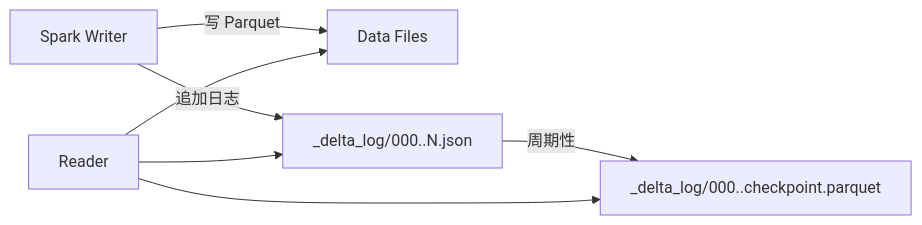
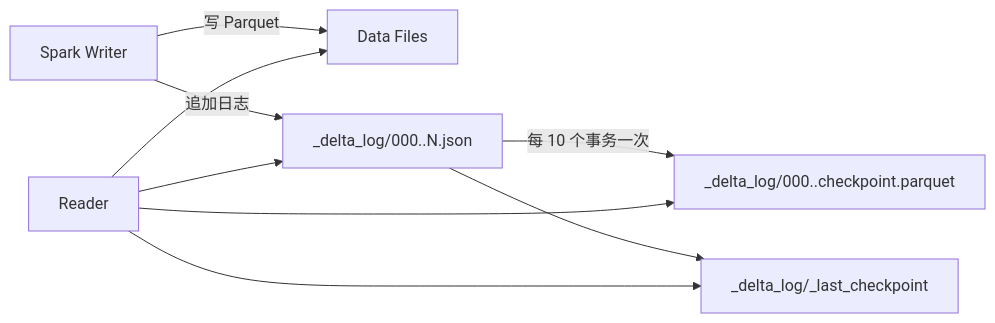
One commit to wangyong9999/lakehouse-wiki changed the diagram in docs/lakehouse/delta-lake.md. Above: the diagram before and after it, drawn with Mermaid. The commit also changed other lines of this file and 5 other files, not shown here.

````diff
--- a/docs/lakehouse/delta-lake.md
+++ b/docs/lakehouse/delta-lake.md
@@ -27,9 +47,11 @@
 ```mermaid
 flowchart LR
   writer[Spark Writer] -->|写 Parquet| data[Data Files]
   writer -->|追加日志| log["_delta_log/000..N.json"]
-  log -->|周期性| cp["_delta_log/000..checkpoint.parquet"]
-  reader[Reader] --> log
+  log -->|每 10 个事务一次| cp["_delta_log/000..checkpoint.parquet"]
+  log --> lastCheckpoint["_delta_log/_last_checkpoint"]
+  reader[Reader] --> lastCheckpoint
   reader --> cp
+  reader --> log
   reader --> data
 ```
````
